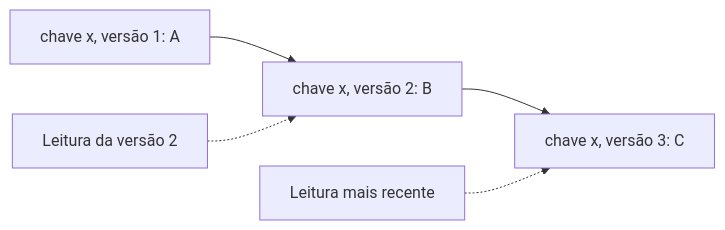
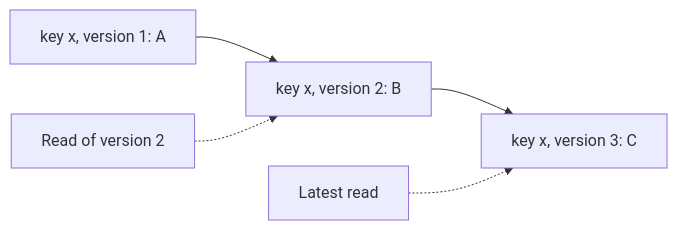
Before and after one commit to alancesar/design-patterns: the diagram in docs/architecture/distributed-systems/data-replication/versioned-value.md, drawn with Mermaid. The commit also changed 258 other files, not shown here.

First line of the commit message:
Translate Mermaid diagrams to English

````diff
--- a/docs/architecture/distributed-systems/data-replication/versioned-value.md
+++ b/docs/architecture/distributed-systems/data-replication/versioned-value.md
@@ -52,6 +52,6 @@
 ```mermaid
 flowchart LR
-    K1["chave x, versão 1: A"] --> K2["chave x, versão 2: B"] --> K3["chave x, versão 3: C"]
-    R1["Leitura da versão 2"] -.-> K2
-    R2["Leitura mais recente"] -.-> K3
+    K1["key x, version 1: A"] --> K2["key x, version 2: B"] --> K3["key x, version 3: C"]
+    R1["Read of version 2"] -.-> K2
+    R2["Latest read"] -.-> K3
 ```
````
